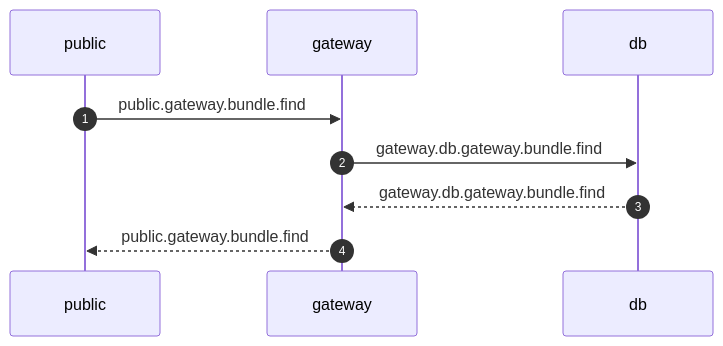
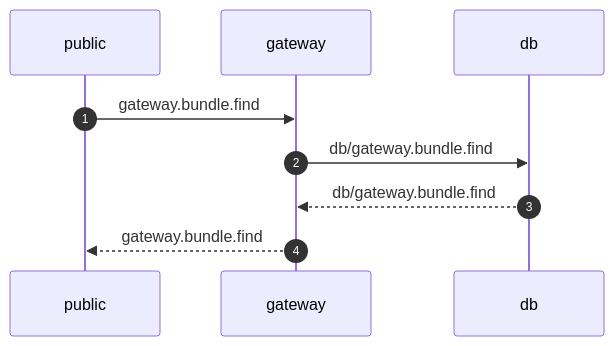
The diagram in realm/blong-gateway/docs/observedFlows.md (feasibleone/blong), drawn with Mermaid before and after one commit. The commit also changed 47 other files, not shown here.

````diff
--- a/realm/blong-gateway/docs/observedFlows.md
+++ b/realm/blong-gateway/docs/observedFlows.md
@@ -3,11 +3,11 @@
 ```mermaid
 sequenceDiagram
     autonumber
     participant public
     participant gateway
     participant db
-    public->>gateway: public.gateway.bundle.find
-    gateway->>db: gateway.db.gateway.bundle.find
-    db-->>gateway: gateway.db.gateway.bundle.find
-    gateway-->>public: public.gateway.bundle.find
+    public->>gateway: gateway.bundle.find
+    gateway->>db: db/gateway.bundle.find
+    db-->>gateway: db/gateway.bundle.find
+    gateway-->>public: gateway.bundle.find
 ```
````
